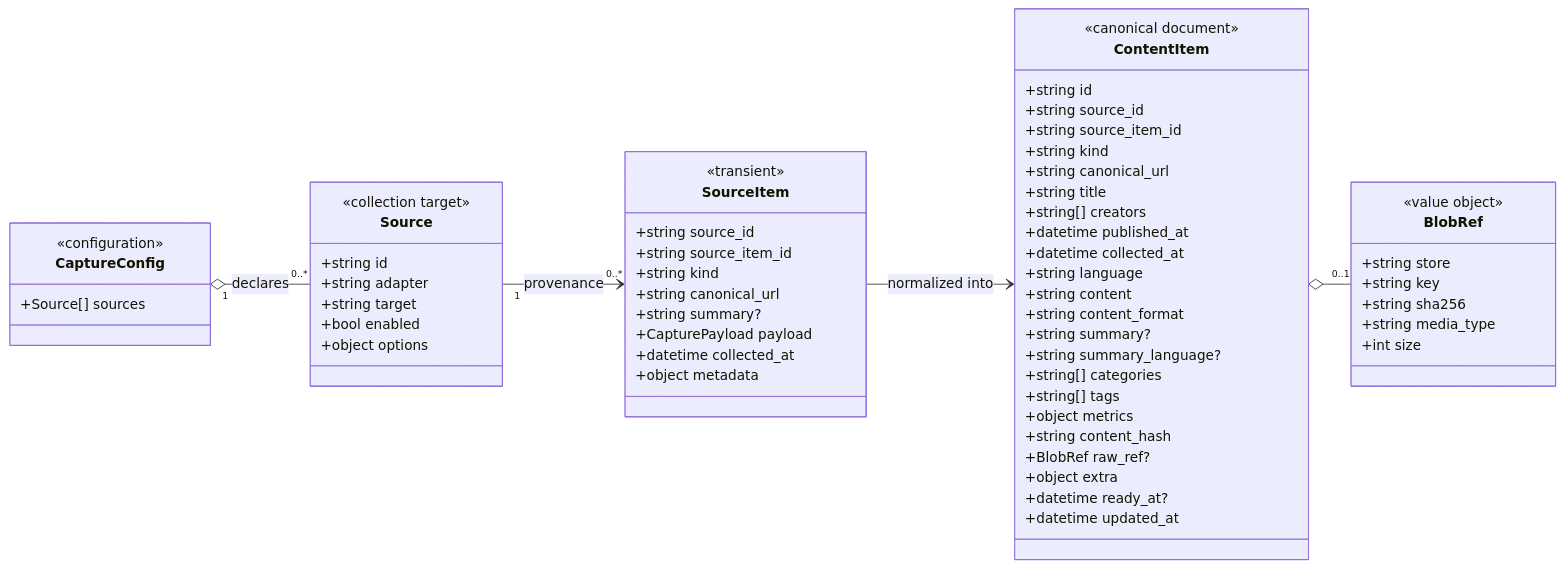
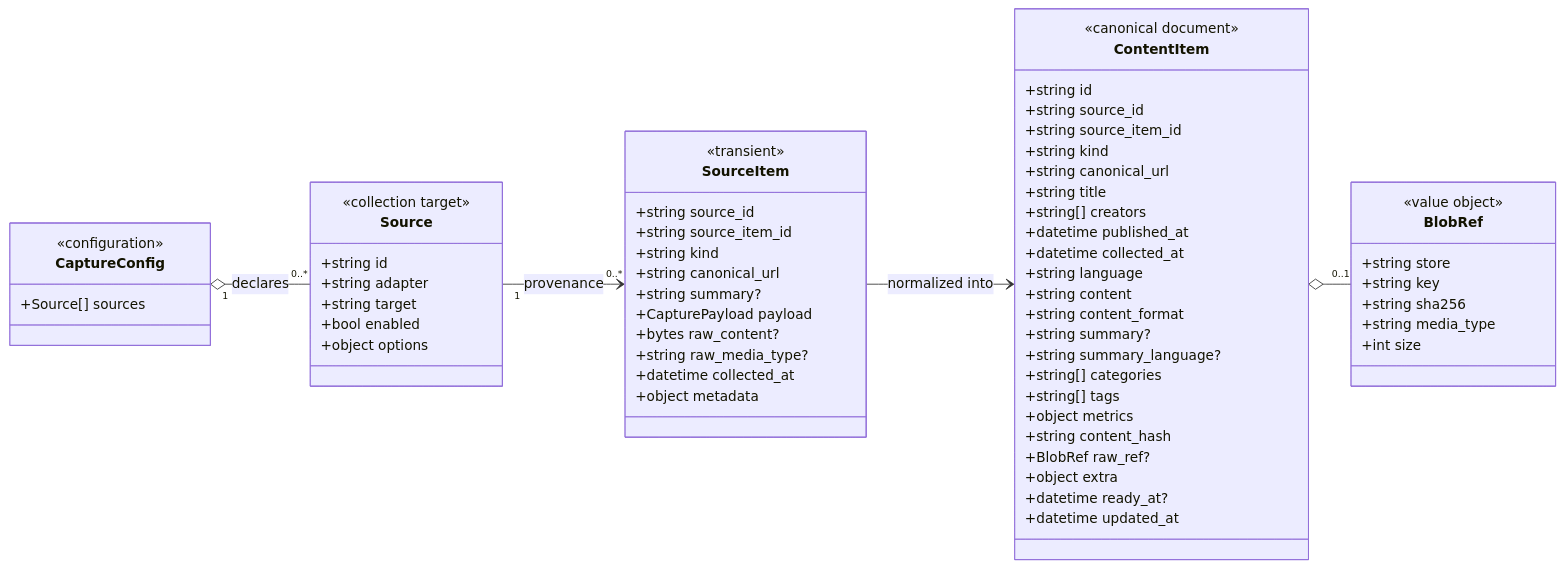
One commit to LoveOrange/shiyi changed the first of 2 diagrams in docs/architecture.md. Above: the diagram before and after it, drawn with Mermaid. The commit also changed other lines of this file and 69 other files, not shown here.

````diff
--- a/docs/architecture.md
+++ b/docs/architecture.md
@@ -97,70 +119,72 @@
 ```mermaid
 classDiagram
     direction LR
 
     class CaptureConfig {
         <<configuration>>
         +Source[] sources
     }
 
     class Source {
         <<collection target>>
         +string id
         +string adapter
         +string target
         +bool enabled
         +object options
     }
 
     class SourceItem {
         <<transient>>
         +string source_id
         +string source_item_id
         +string kind
         +string canonical_url
         +string summary?
         +CapturePayload payload
+        +bytes raw_content?
+        +string raw_media_type?
         +datetime collected_at
         +object metadata
     }
 
     class ContentItem {
         <<canonical document>>
         +string id
         +string source_id
         +string source_item_id
         +string kind
         +string canonical_url
         +string title
         +string[] creators
         +datetime published_at
         +datetime collected_at
         +string language
         +string content
         +string content_format
         +string summary?
         +string summary_language?
         +string[] categories
         +string[] tags
         +object metrics
         +string content_hash
         +BlobRef raw_ref?
         +object extra
         +datetime ready_at?
         +datetime updated_at
     }
 
     class BlobRef {
         <<value object>>
         +string store
         +string key
         +string sha256
         +string media_type
         +int size
     }
 
     CaptureConfig "1" o-- "0..*" Source : declares
     Source "1" --> "0..*" SourceItem : provenance
     SourceItem --> ContentItem : normalized into
     ContentItem o-- "0..1" BlobRef
 ```
````
